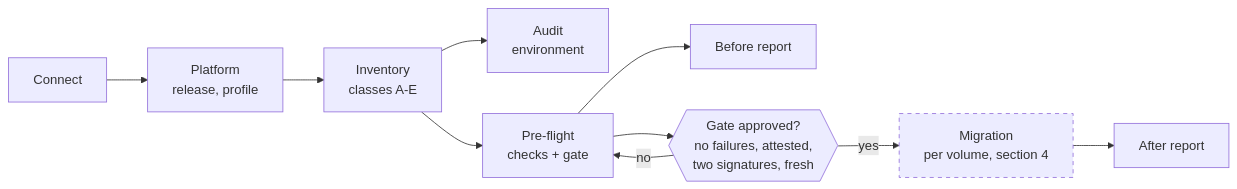
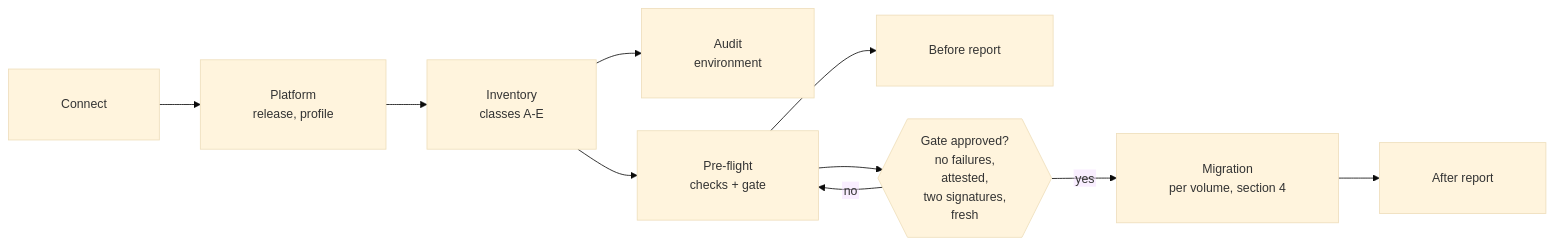
One commit to ebeauzec/OpenMove changed the first of 2 diagrams in docs/PROCESS.md. Above: the diagram before and after it, drawn with Mermaid. The commit also changed other lines of this file and 65 other files, not shown here.

````diff
--- a/docs/PROCESS.md
+++ b/docs/PROCESS.md
@@ -15,13 +15,13 @@
 ```mermaid
+%%{init: {"theme": "base", "fontFamily": "Arial, Helvetica, sans-serif", "themeVariables": {"fontSize": "15px"}, "flowchart": {"htmlLabels": false, "padding": 32, "nodeSpacing": 40, "rankSpacing": 50}}}%%
 flowchart LR
     A[Connect] --> B[Platform<br/>release, profile]
     B --> C[Inventory<br/>classes A-E]
     C --> D[Audit<br/>environment]
     C --> E[Pre-flight<br/>checks + gate]
     E --> F[Before report]
-    E --> G{{Gate approved?<br/>no failures, attested,<br/>two signatures, fresh}}
+    E --> G{{Gate approved?<br/>no failures,<br/>attested,<br/>two signatures,<br/>fresh}}
     G -- no --> E
     G -- yes --> H[Migration<br/>per volume, section 4]
     H --> I[After report]
-    style H stroke-dasharray: 5 5
 ```
````
